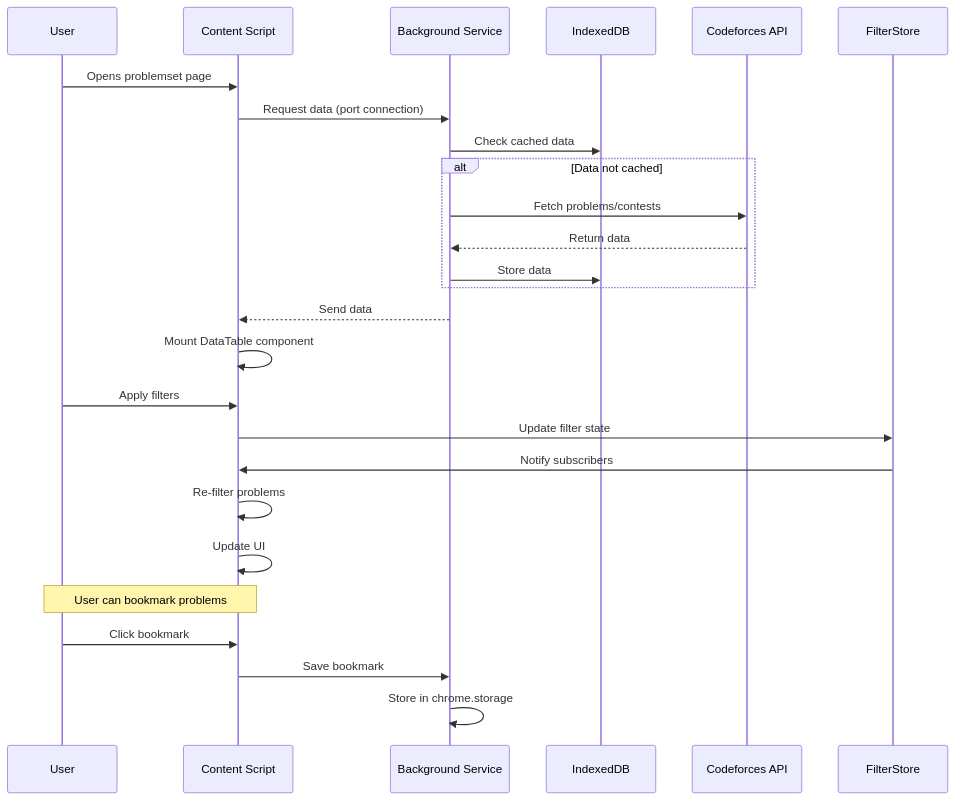
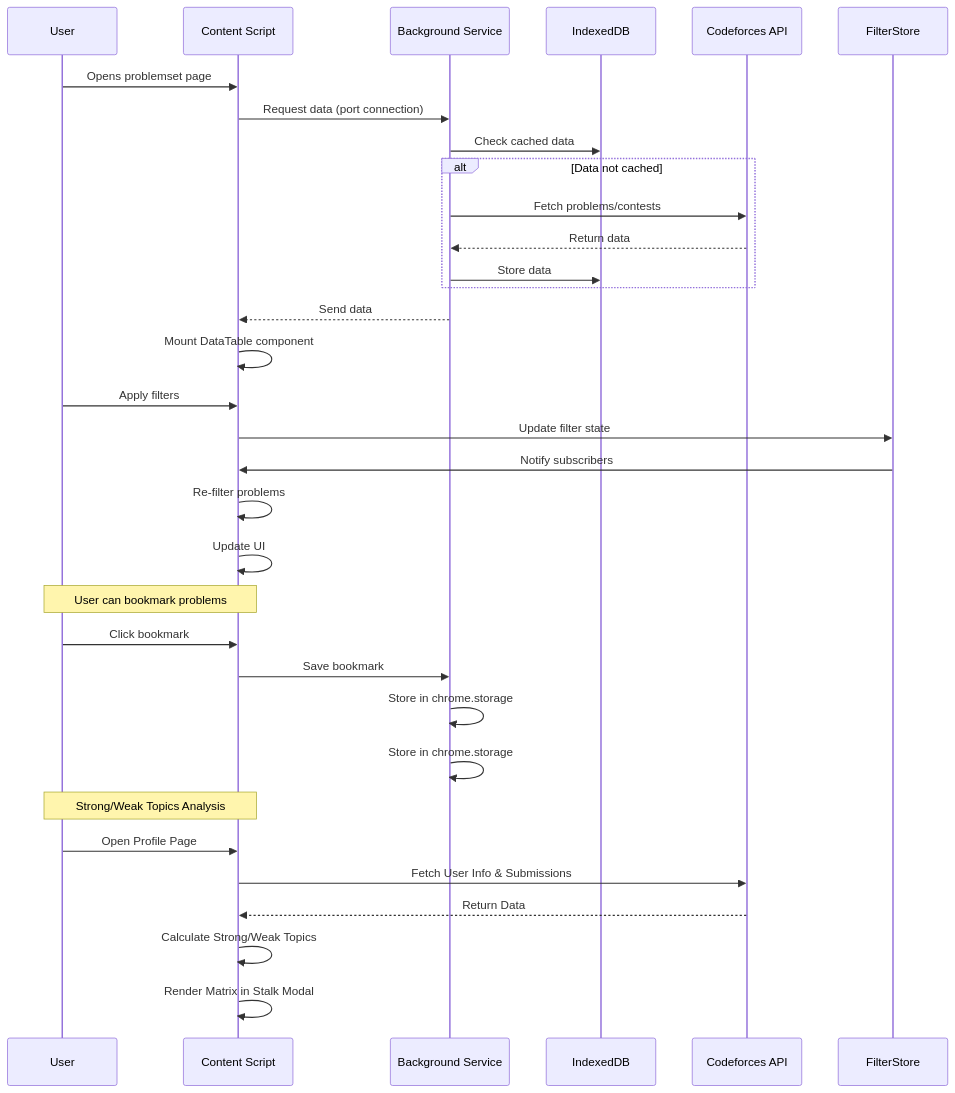
One commit to aftabnaik19/CF-Mentor changed the diagram in .github/diagrams/sequence-diagram.md. Above: the diagram before and after it, drawn with Mermaid. The commit also changed 8 other files, not shown here.

````diff
--- a/.github/diagrams/sequence-diagram.md
+++ b/.github/diagrams/sequence-diagram.md
@@ -3,31 +3,39 @@
 ```mermaid
 sequenceDiagram
     participant U as User
     participant CS as Content Script
     participant BG as Background Service
     participant IDB as IndexedDB
     participant API as Codeforces API
     participant FS as FilterStore
 
     U->>CS: Opens problemset page
     CS->>BG: Request data (port connection)
     BG->>IDB: Check cached data
     alt Data not cached
         BG->>API: Fetch problems/contests
         API-->>BG: Return data
         BG->>IDB: Store data
     end
     BG-->>CS: Send data
     CS->>CS: Mount DataTable component
 
     U->>CS: Apply filters
     CS->>FS: Update filter state
     FS->>CS: Notify subscribers
     CS->>CS: Re-filter problems
     CS->>CS: Update UI
 
     Note over U,CS: User can bookmark problems
     U->>CS: Click bookmark
     CS->>BG: Save bookmark
     BG->>BG: Store in chrome.storage
+    BG->>BG: Store in chrome.storage
+
+    Note over U,CS: Strong/Weak Topics Analysis
+    U->>CS: Open Profile Page
+    CS->>API: Fetch User Info & Submissions
+    API-->>CS: Return Data
+    CS->>CS: Calculate Strong/Weak Topics
+    CS->>CS: Render Matrix in Stalk Modal
 ```
````
